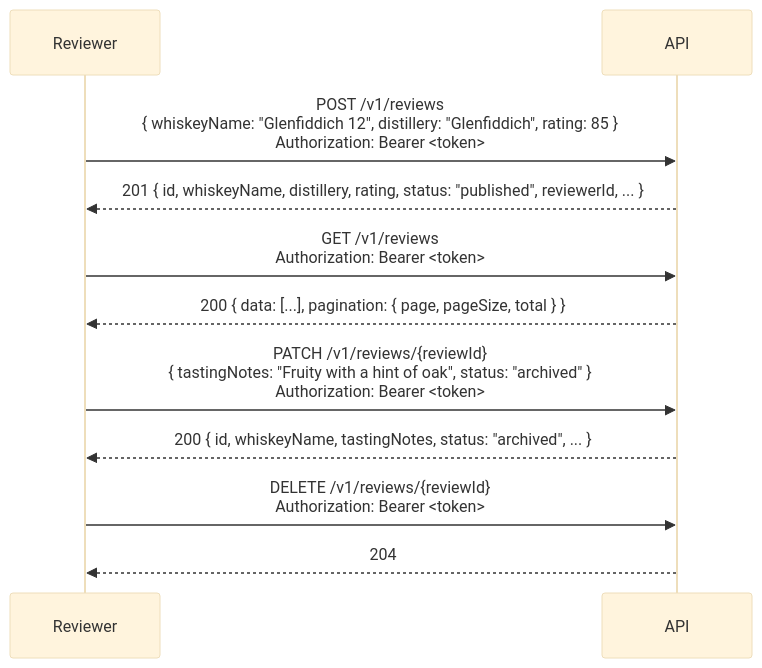
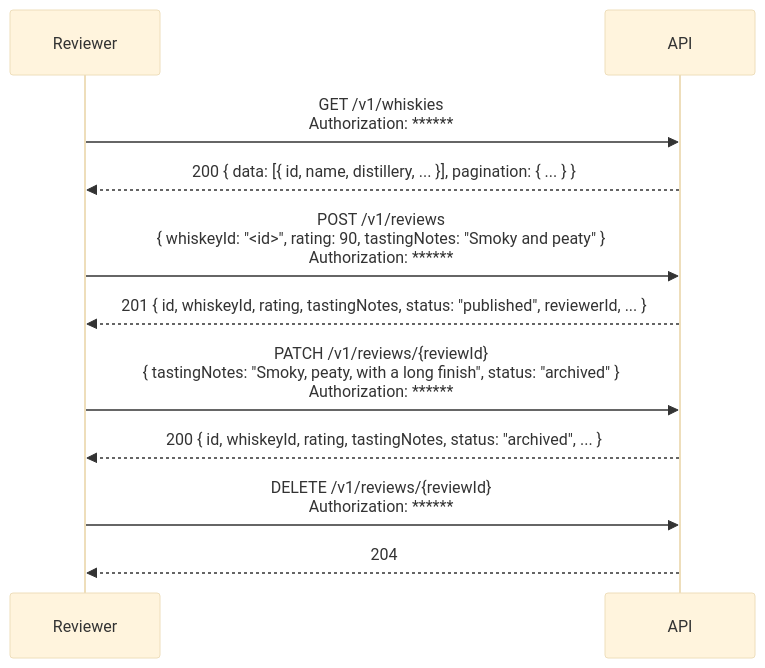
The third of 5 diagrams in docs/specifications/sequence-diagrams.md (dataGriff/whiskey-reviews-api), drawn with Mermaid (base theme) before and after one commit. The commit also changed other lines of this file and 16 other files, not shown here.

````diff
--- a/docs/specifications/sequence-diagrams.md
+++ b/docs/specifications/sequence-diagrams.md
@@ -23,17 +45,17 @@
 ```mermaid
 sequenceDiagram
     participant Reviewer
     participant API
 
-    Reviewer->>API: POST /v1/reviews<br/>{ whiskeyName: "Glenfiddich 12", distillery: "Glenfiddich", rating: 85 }<br/>Authorization: Bearer <token>
-    API-->>Reviewer: 201 { id, whiskeyName, distillery, rating, status: "published", reviewerId, ... }
+    Reviewer->>API: GET /v1/whiskies<br/>Authorization: ******
+    API-->>Reviewer: 200 { data: [{ id, name, distillery, ... }], pagination: { ... } }
 
-    Reviewer->>API: GET /v1/reviews<br/>Authorization: Bearer <token>
-    API-->>Reviewer: 200 { data: [...], pagination: { page, pageSize, total } }
+    Reviewer->>API: POST /v1/reviews<br/>{ whiskeyId: "<id>", rating: 90, tastingNotes: "Smoky and peaty" }<br/>Authorization: ******
+    API-->>Reviewer: 201 { id, whiskeyId, rating, tastingNotes, status: "published", reviewerId, ... }
 
-    Reviewer->>API: PATCH /v1/reviews/{reviewId}<br/>{ tastingNotes: "Fruity with a hint of oak", status: "archived" }<br/>Authorization: Bearer <token>
-    API-->>Reviewer: 200 { id, whiskeyName, tastingNotes, status: "archived", ... }
+    Reviewer->>API: PATCH /v1/reviews/{reviewId}<br/>{ tastingNotes: "Smoky, peaty, with a long finish", status: "archived" }<br/>Authorization: ******
+    API-->>Reviewer: 200 { id, whiskeyId, rating, tastingNotes, status: "archived", ... }
 
-    Reviewer->>API: DELETE /v1/reviews/{reviewId}<br/>Authorization: Bearer <token>
+    Reviewer->>API: DELETE /v1/reviews/{reviewId}<br/>Authorization: ******
     API-->>Reviewer: 204
 ```
````
